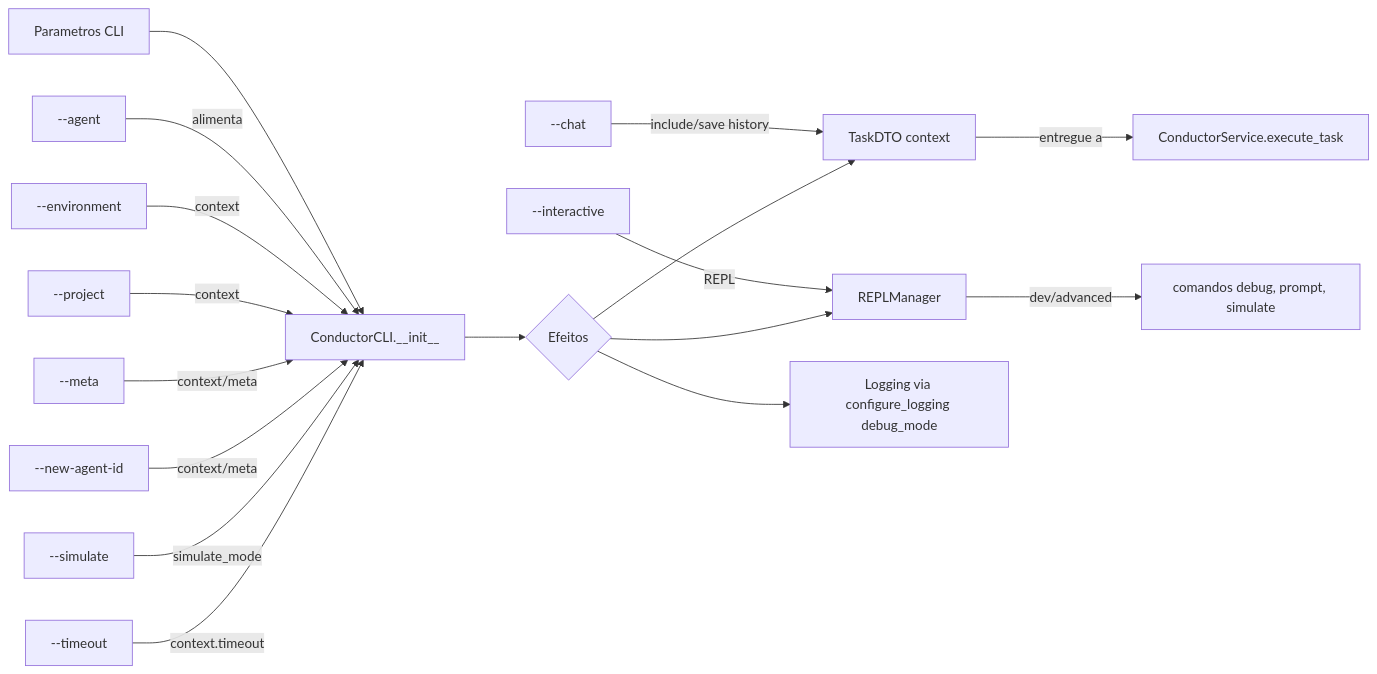
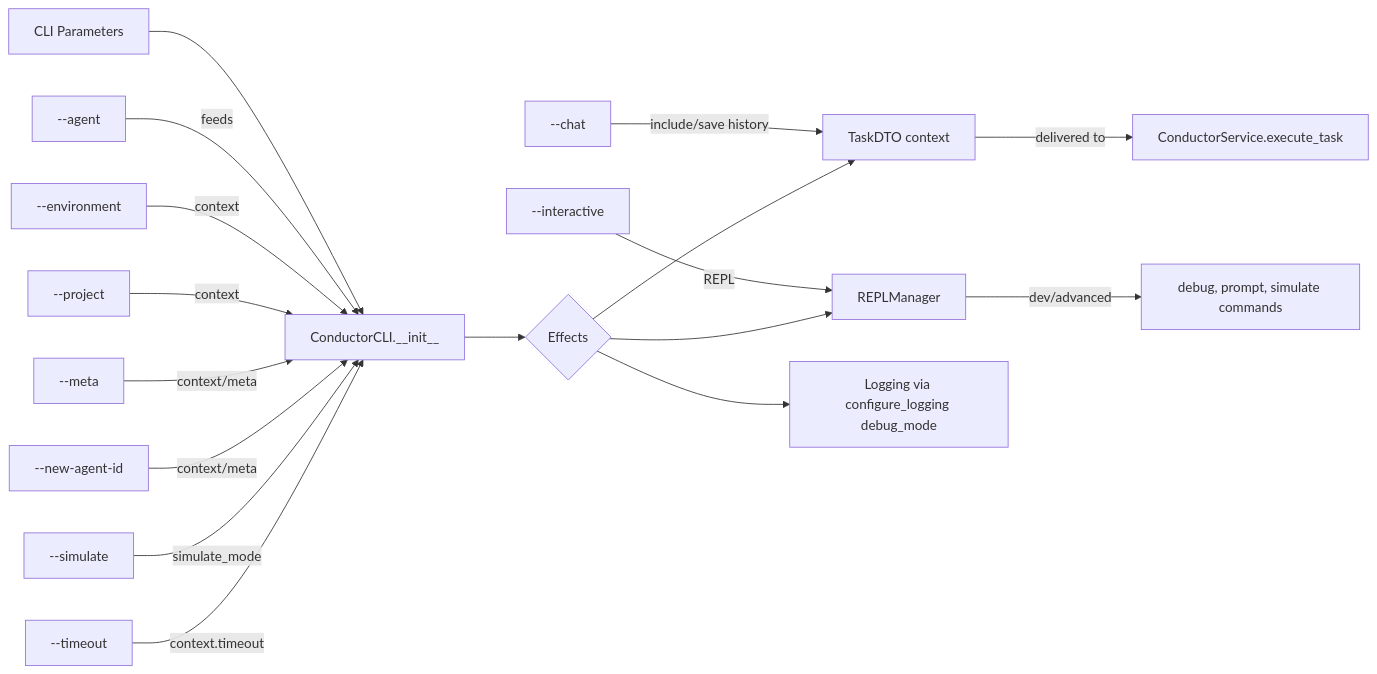
One commit to primoia/conductor changed the diagram in docs/architecture/sequence-diagrams/params-impact.md. Above: the diagram before and after it, drawn with Mermaid. The commit also changed other lines of this file and 44 other files, not shown here.

````diff
--- a/docs/architecture/sequence-diagrams/params-impact.md
+++ b/docs/architecture/sequence-diagrams/params-impact.md
@@ -7,22 +7,22 @@
 ```mermaid
 flowchart LR
-    A[Parametros CLI] --> B[ConductorCLI.__init__]
-    B --> C{Efeitos}
+    A[CLI Parameters] --> B[ConductorCLI.__init__]
+    B --> C{Effects}
 
-    A1[--agent <id>] -->|alimenta| B
+    A1[--agent <id>] -->|feeds| B
     A2[--environment] -->|context| B
     A3[--project] -->|context| B
     A4[--meta] -->|context/meta| B
     A5[--new-agent-id] -->|context/meta| B
     A6[--simulate] -->|simulate_mode| B
     A7[--timeout] -->|context.timeout| B
     A8[--chat] -->|include/save history| D
     A9[--interactive] -->|REPL| E
 
     C --> D[TaskDTO context]
     C --> E[REPLManager]
     C --> F[Logging via configure_logging debug_mode]
 
-    E -->|dev/advanced| E1[comandos debug, prompt, simulate]
-    D -->|entregue a| G[ConductorService.execute_task]
+    E -->|dev/advanced| E1[debug, prompt, simulate commands]
+    D -->|delivered to| G[ConductorService.execute_task]
 ```
````
